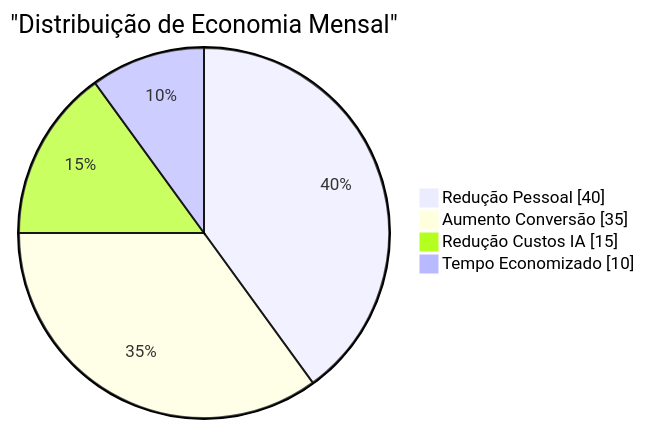
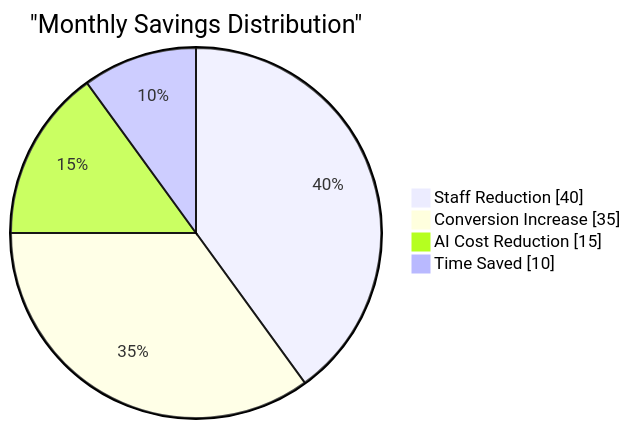
Before and after one commit to RenanLisboa8/n8n-clinic-multiagent: the fourth of 14 diagrams in docs/EXECUTIVE_OVERVIEW.md, drawn with Mermaid. The commit also changed other lines of this file and 4 other files, not shown here.

First line of the commit message:
Update documentation and diagrams for improved clarity and accessibility

````diff
--- a/docs/EXECUTIVE_OVERVIEW.md
+++ b/docs/EXECUTIVE_OVERVIEW.md
@@ -106,8 +108,8 @@
 ```mermaid
 pie showData
-    title "Distribuição de Economia Mensal"
-    "Redução Pessoal" : 40
-    "Aumento Conversão" : 35
-    "Redução Custos IA" : 15
-    "Tempo Economizado" : 10
+    title "Monthly Savings Distribution"
+    "Staff Reduction" : 40
+    "Conversion Increase" : 35
+    "AI Cost Reduction" : 15
+    "Time Saved" : 10
 ```
````
